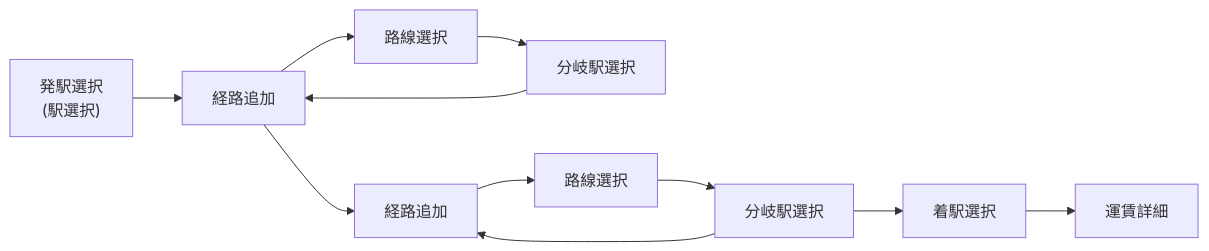
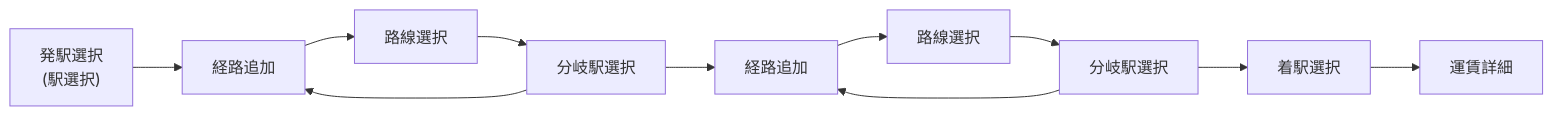
The first of 2 diagrams in specs/help-screen.md (farert/farert-pwa), drawn with Mermaid before and after one commit.

Commit message:
docs: help state dialog

````diff
--- a/specs/help-screen.md
+++ b/specs/help-screen.md
@@ -29,14 +29,14 @@
 ```mermaid
   flowchart LR
     A["発駅選択<br/>(駅選択)"] --> B["経路追加"]
     B --> C["路線選択"]
     C --> D["分岐駅選択"]
     D --> B
 
-    B --> E["経路追加"]
+    D --> E["経路追加"]
     E --> F["路線選択"]
     F --> G["分岐駅選択"]
     G --> E
     G --> H["着駅選択"]
     H --> I["運賃詳細"]
 ```
````
